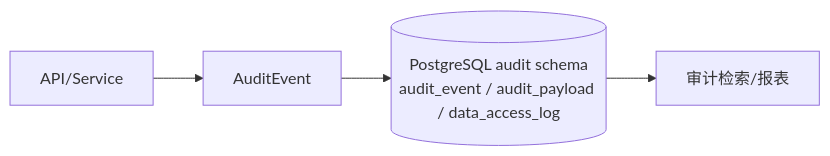
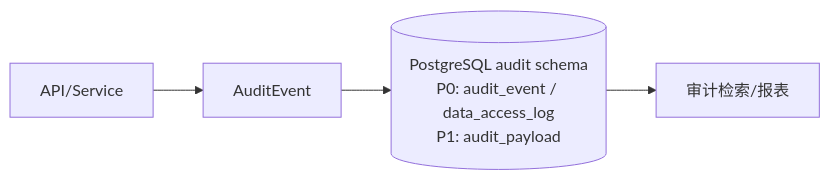
Before and after one commit to JianwenShaw/MediAskDocs: the first of 2 diagrams in docs/16-LOGGING_DESIGN/00-INDEX.md, drawn with Mermaid. The commit also changed other lines of this file and 13 other files, not shown here.

````diff
--- a/docs/16-LOGGING_DESIGN/00-INDEX.md
+++ b/docs/16-LOGGING_DESIGN/00-INDEX.md
@@ -249,6 +251,6 @@
 ```mermaid
 flowchart LR
     A[API/Service] --> E[AuditEvent]
-    E --> M[(PostgreSQL audit schema<br/>audit_event / audit_payload / data_access_log)]
+    E --> M[(PostgreSQL audit schema<br/>P0: audit_event / data_access_log<br/>P1: audit_payload)]
     M --> Q[审计检索/报表]
 ```
````
